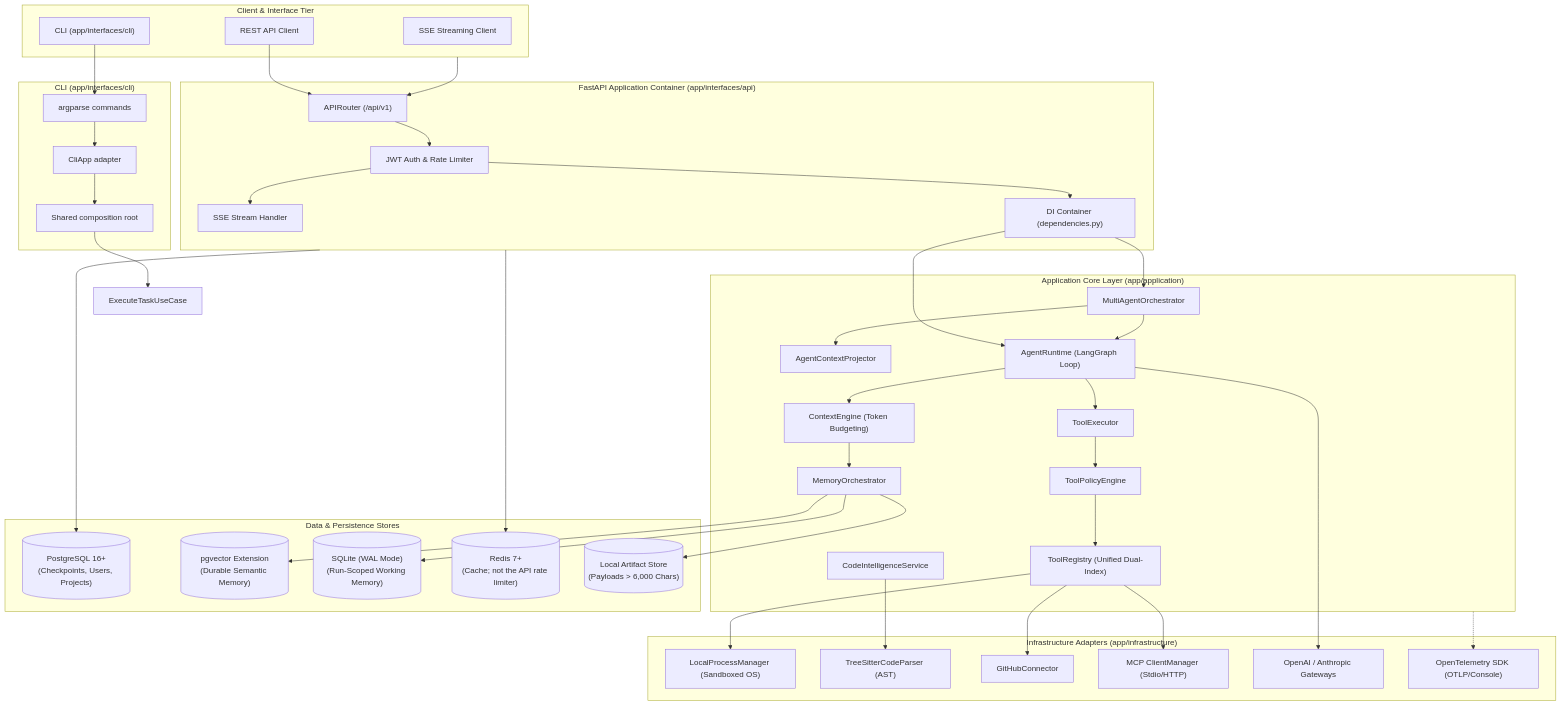
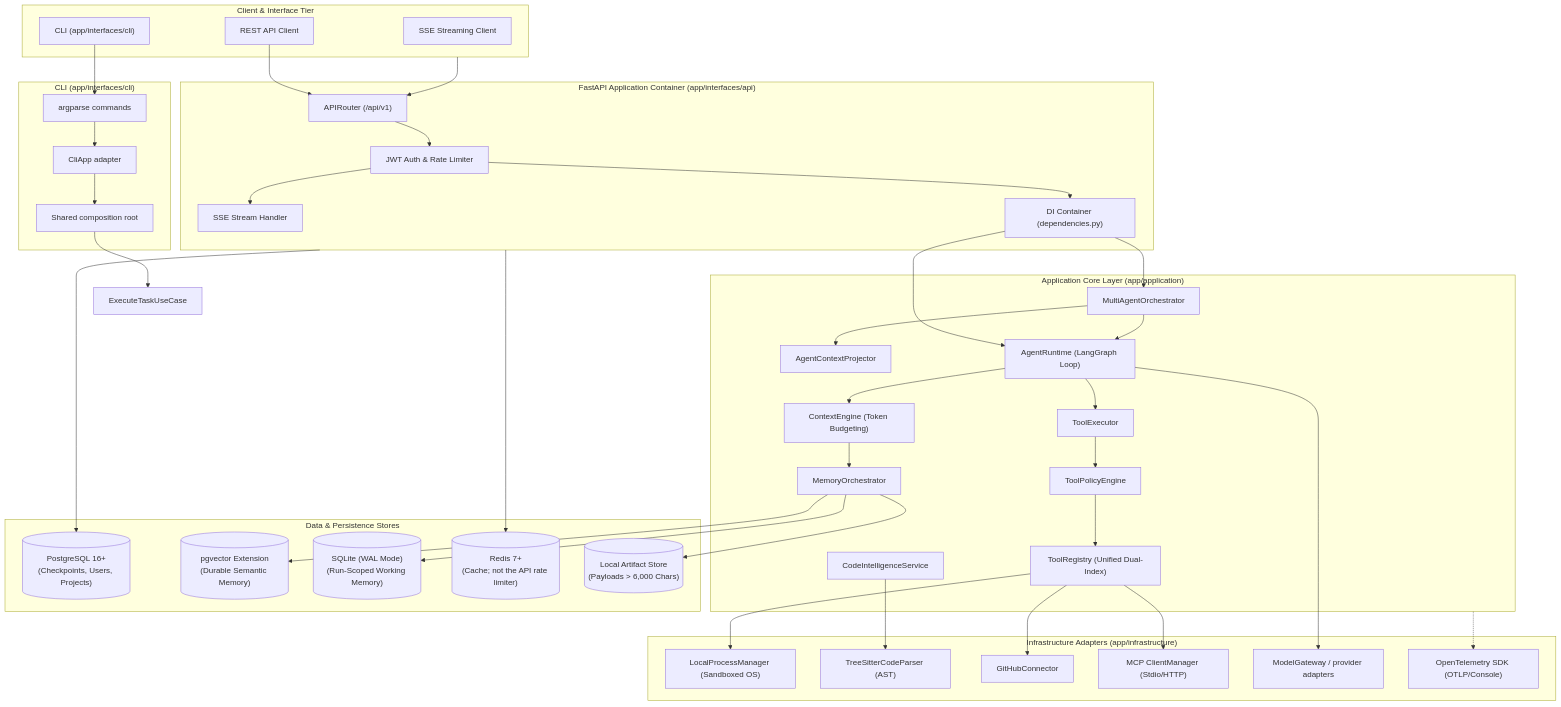
The diagram in docs/hld.md (Navin45/bytebuddhi), drawn with Mermaid before and after one commit. The commit also changed other lines of this file and 154 other files, not shown here.

```diff
--- a/docs/hld.md
+++ b/docs/hld.md
@@ -68,7 +68,7 @@
         TreeSitterParser["TreeSitterCodeParser (AST)"]
         GitHubConn["GitHubConnector"]
         MCPClient["MCP ClientManager (Stdio/HTTP)"]
-        ModelGateways["OpenAI / Anthropic Gateways"]
+        ModelGateways["ModelGateway / provider adapters"]
         OTelSdk["OpenTelemetry SDK (OTLP/Console)"]
     end
 
```
